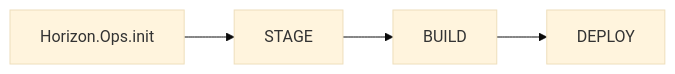
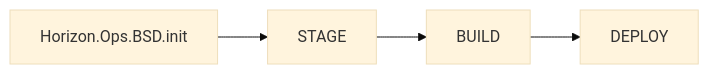
One commit to jfreeze/horizon changed the diagram in README.md. Above: the diagram before and after it, drawn with Mermaid (base theme). The commit also changed other lines of this file and 1 other file, not shown here.

Commit message:
fix bsd case

````diff
--- a/README.md
+++ b/README.md
@@ -22,6 +22,6 @@
 ```mermaid
 graph LR
- A[Horizon.Ops.init] --> B[STAGE]
+ A[Horizon.Ops.BSD.init] --> B[STAGE]
  B --> C[BUILD]
  C --> D[DEPLOY]
 ```
````
